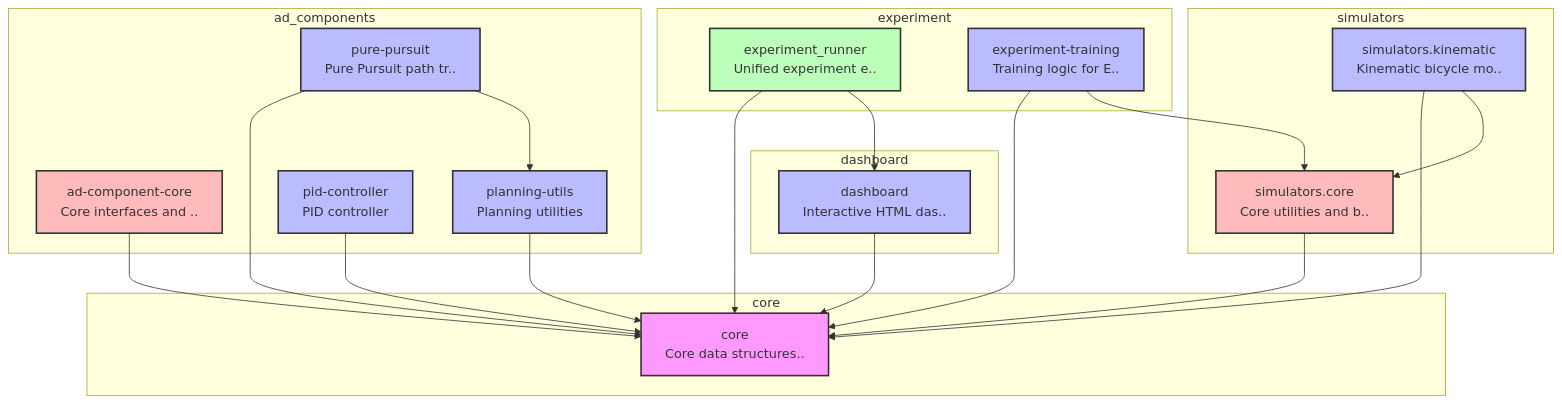
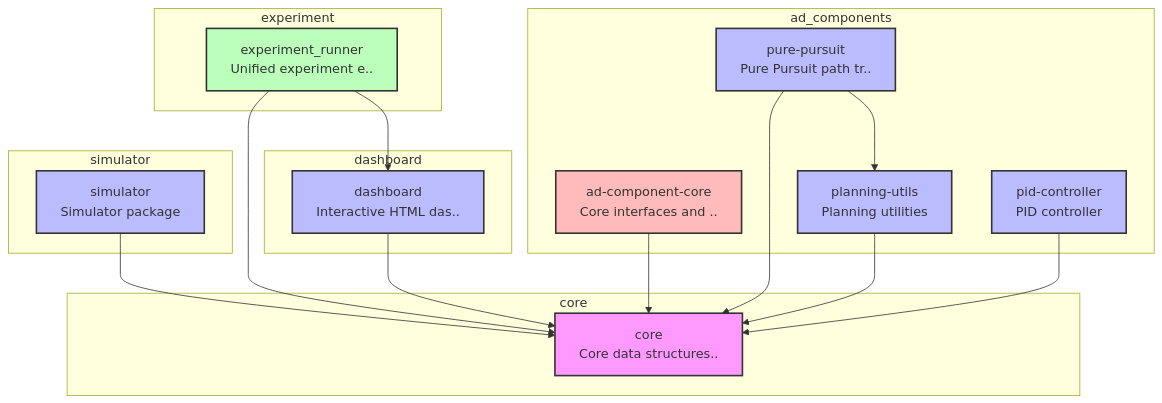
One commit to masahiro-kubota/python-self-driving-simulator changed the first of 2 diagrams in README.md. Above: the diagram before and after it, drawn with Mermaid. The commit also changed other lines of this file and 2 other files, not shown here.

````diff
--- a/README.md
+++ b/README.md
@@ -107,53 +105,45 @@
 ```mermaid
 graph TD
     %% Styling
     classDef core fill:#f9f,stroke:#333,stroke-width:2px;
     classDef base fill:#fbb,stroke:#333,stroke-width:2px;
     classDef impl fill:#bbf,stroke:#333,stroke-width:2px;
     classDef app fill:#bfb,stroke:#333,stroke-width:2px;
     classDef default fill:#fff,stroke:#333,stroke-width:1px;
     subgraph group_core [core]
         core["core<br/>Core data structures.."]
         class core core;
+    end
+    subgraph group_simulator [simulator]
+        simulator["simulator<br/>Simulator package"]
+        class simulator impl;
+    end
+    subgraph group_experiment [experiment]
+        experiment_runner["experiment_runner<br/>Unified experiment e.."]
+        class experiment_runner app;
     end
     subgraph group_dashboard [dashboard]
         dashboard["dashboard<br/>Interactive HTML das.."]
         class dashboard impl;
     end
     subgraph group_ad_components [ad_components]
         ad_component_core["ad-component-core<br/>Core interfaces and .."]
         class ad_component_core base;
         pure_pursuit["pure-pursuit<br/>Pure Pursuit path tr.."]
         class pure_pursuit impl;
         planning_utils["planning-utils<br/>Planning utilities"]
         class planning_utils impl;
         pid_controller["pid-controller<br/>PID controller"]
         class pid_controller impl;
     end
-    subgraph group_experiment [experiment]
-        experiment_runner["experiment_runner<br/>Unified experiment e.."]
-        class experiment_runner app;
-        experiment_training["experiment-training<br/>Training logic for E.."]
-        class experiment_training impl;
-    end
-    subgraph group_simulators [simulators]
-        simulators.core["simulators.core<br/>Core utilities and b.."]
-        class simulators.core base;
-        simulators.kinematic["simulators.kinematic<br/>Kinematic bicycle mo.."]
-        class simulators.kinematic impl;
-    end
     %% Dependencies
+    simulator --> core
+    experiment_runner --> core
+    experiment_runner --> dashboard
     dashboard --> core
     ad_component_core --> core
     pure_pursuit --> core
     pure_pursuit --> planning_utils
     planning_utils --> core
     pid_controller --> core
-    experiment_runner --> core
-    experiment_runner --> dashboard
-    experiment_training --> core
-    experiment_training --> simulators.core
-    simulators.core --> core
-    simulators.kinematic --> core
-    simulators.kinematic --> simulators.core
 ```
````
